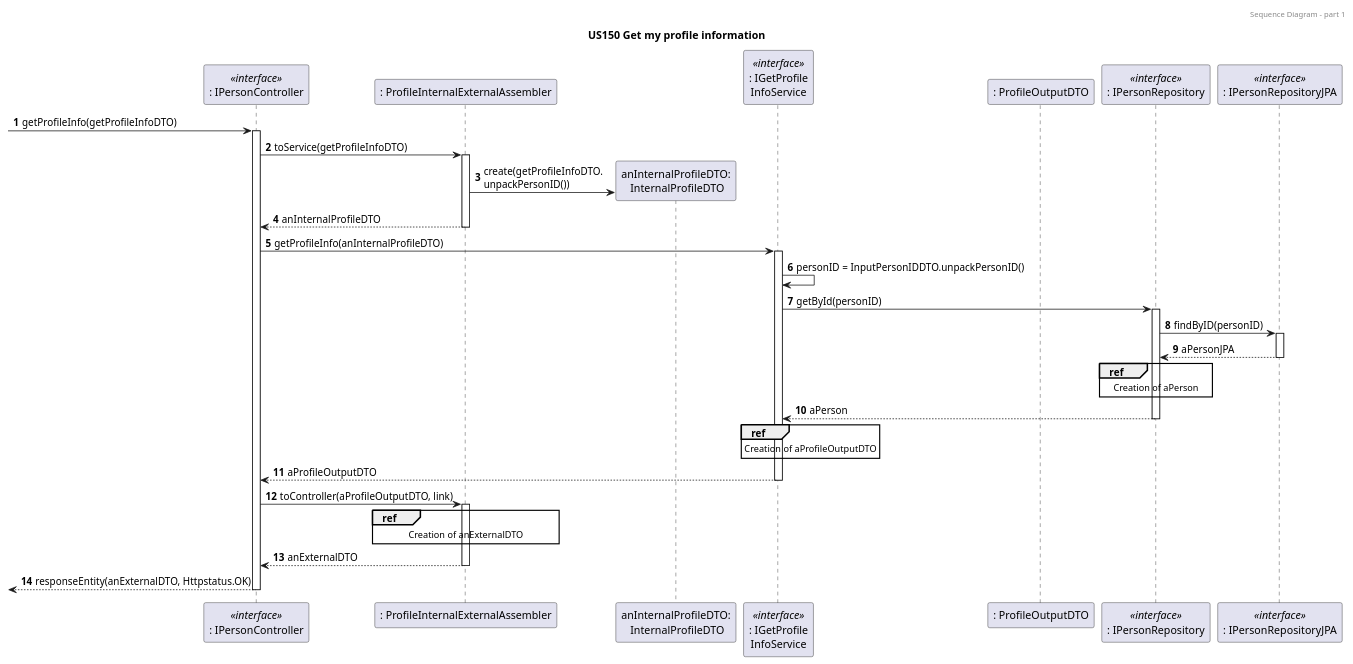
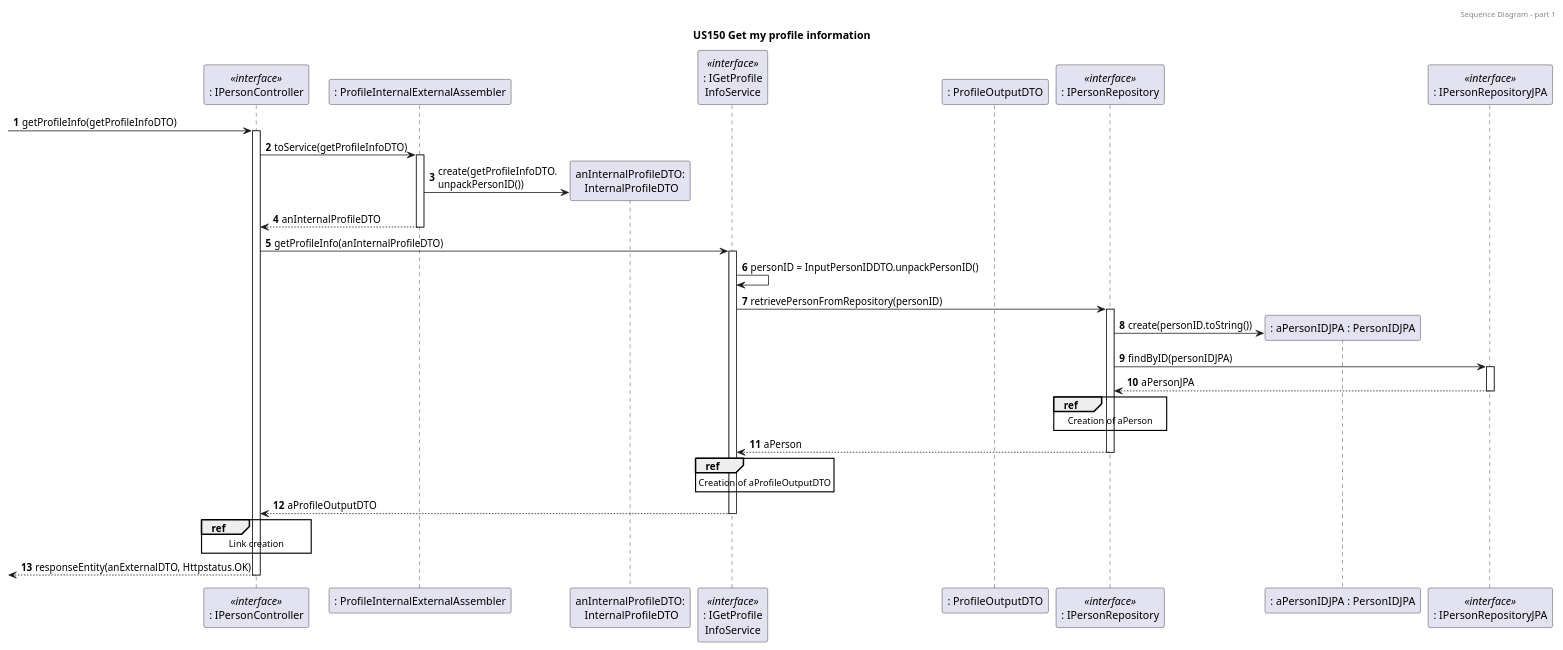
Before and after one commit to tomas-osswald/switch_2020_g3: the fourth of 6 diagrams in docs/sprint5/user_stories/US150_GetFamilyMemberProfile.md, drawn with PlantUML. The commit also changed other lines of this file and 1 other file, not shown here.

Commit message:
removed external DTO creation and made slight corrections in SD US150

`````diff
--- a/docs/sprint5/user_stories/US150_GetFamilyMemberProfile.md
+++ b/docs/sprint5/user_stories/US150_GetFamilyMemberProfile.md
@@ -232,53 +232,53 @@
 ````puml
 @startuml
 
 autonumber
 header Sequence Diagram - part 1
 title US150 Get my profile information
 
 
 participant ": IPersonController" as controller <<interface>>
 participant ": ProfileInternalExternalAssembler" as assembler
 participant "anInternalProfileDTO:\n InternalProfileDTO" as internalDTO
 participant ": IGetProfile\nInfoService" as service <<interface>>
 participant ": ProfileOutputDTO" as outputDTO
 participant ": IPersonRepository" as repository <<interface>>
+participant ": aPersonIDJPA : PersonIDJPA" as personIDJPA
 participant ": IPersonRepositoryJPA" as repoJPA <<interface>>
 
 -> controller : getProfileInfo(getProfileInfoDTO)
 activate controller
 controller -> assembler : toService(getProfileInfoDTO)
 activate assembler
 assembler -> internalDTO** : create(getProfileInfoDTO.\nunpackPersonID())
 return anInternalProfileDTO
 controller -> service : getProfileInfo(anInternalProfileDTO)
 activate service
 
 service -> service : personID = InputPersonIDDTO.unpackPersonID()
-service -> repository : getById(personID)
+service -> repository : retrievePersonFromRepository(personID)
 activate repository
-repository -> repoJPA : findByID(personID)
+repository -> personIDJPA** : create(personID.toString())
+repository -> repoJPA : findByID(personIDJPA)
 activate repoJPA 
 return aPersonJPA
 
 ref over repository 
 Creation of aPerson
 end
 return aPerson
 
 ref over service
 Creation of aProfileOutputDTO
 end 
 return aProfileOutputDTO
 
-controller -> assembler : toController(aProfileOutputDTO, link)
-activate assembler
-ref over assembler
-Creation of anExternalDTO
+ref over controller
+Link creation
 end
-return anExternalDTO
+
 <-- controller : responseEntity(anExternalDTO, Httpstatus.OK)
 deactivate controller
 
 @enduml
 ````
`````
